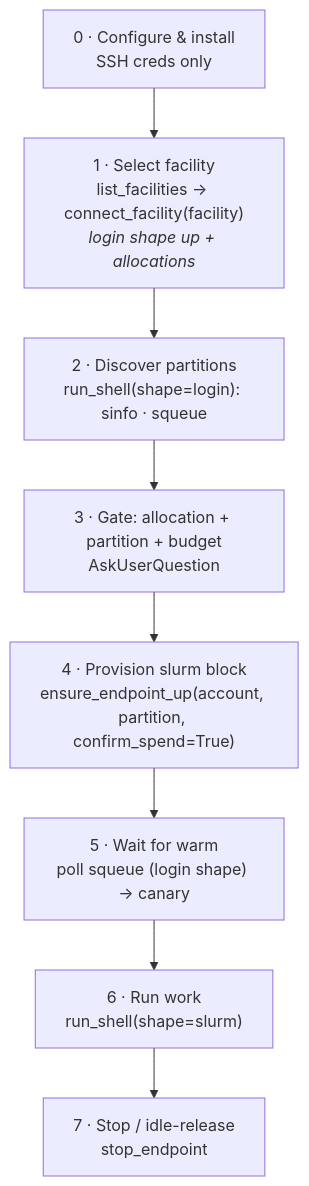
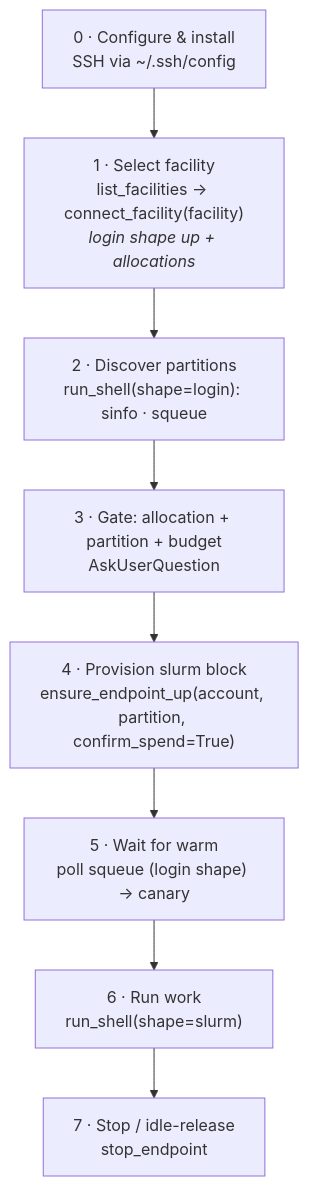
Before and after one commit to ryanchard/hpc-bridge: the diagram in docs/hpc-bridge-vault/Happy path.md, drawn with Mermaid. The commit also changed other lines of this file and 20 other files, not shown here.

````diff
--- a/docs/hpc-bridge-vault/Happy path.md
+++ b/docs/hpc-bridge-vault/Happy path.md
@@ -8,10 +8,10 @@
 ```mermaid
 flowchart TD
-  C["0 · Configure & install<br/>SSH creds only"] --> L["1 · Select facility<br/>list_facilities → connect_facility(facility)<br/><i>login shape up + allocations</i>"]
+  C["0 · Configure & install<br/>SSH via ~/.ssh/config"] --> L["1 · Select facility<br/>list_facilities → connect_facility(facility)<br/><i>login shape up + allocations</i>"]
   L --> D["2 · Discover partitions<br/>run_shell(shape=login): sinfo · squeue"]
   D --> G["3 · Gate: allocation + partition + budget<br/>AskUserQuestion"]
   G --> P["4 · Provision slurm block<br/>ensure_endpoint_up(account, partition, confirm_spend=True)"]
   P --> W["5 · Wait for warm<br/>poll squeue (login shape) → canary"]
   W --> R["6 · Run work<br/>run_shell(shape=slurm)"]
   R --> S["7 · Stop / idle-release<br/>stop_endpoint"]
 ```
````
